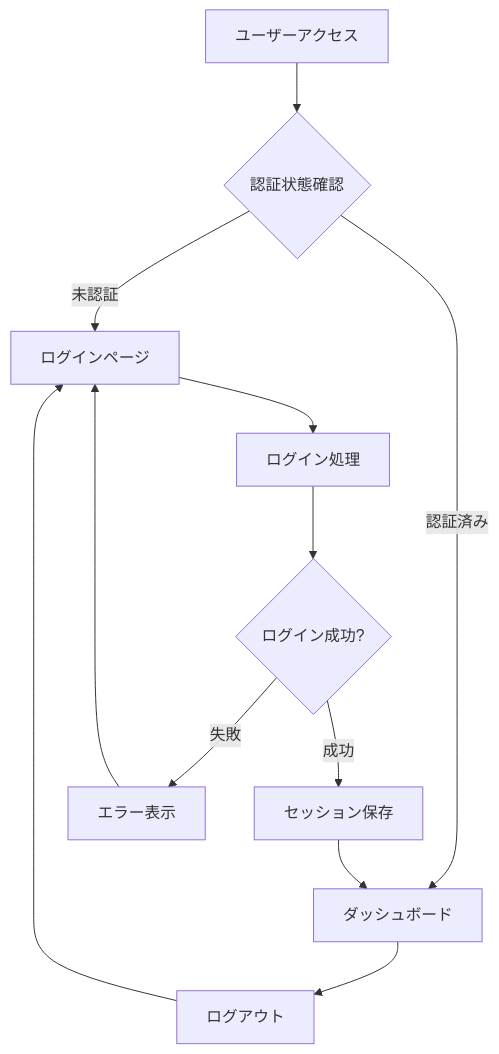
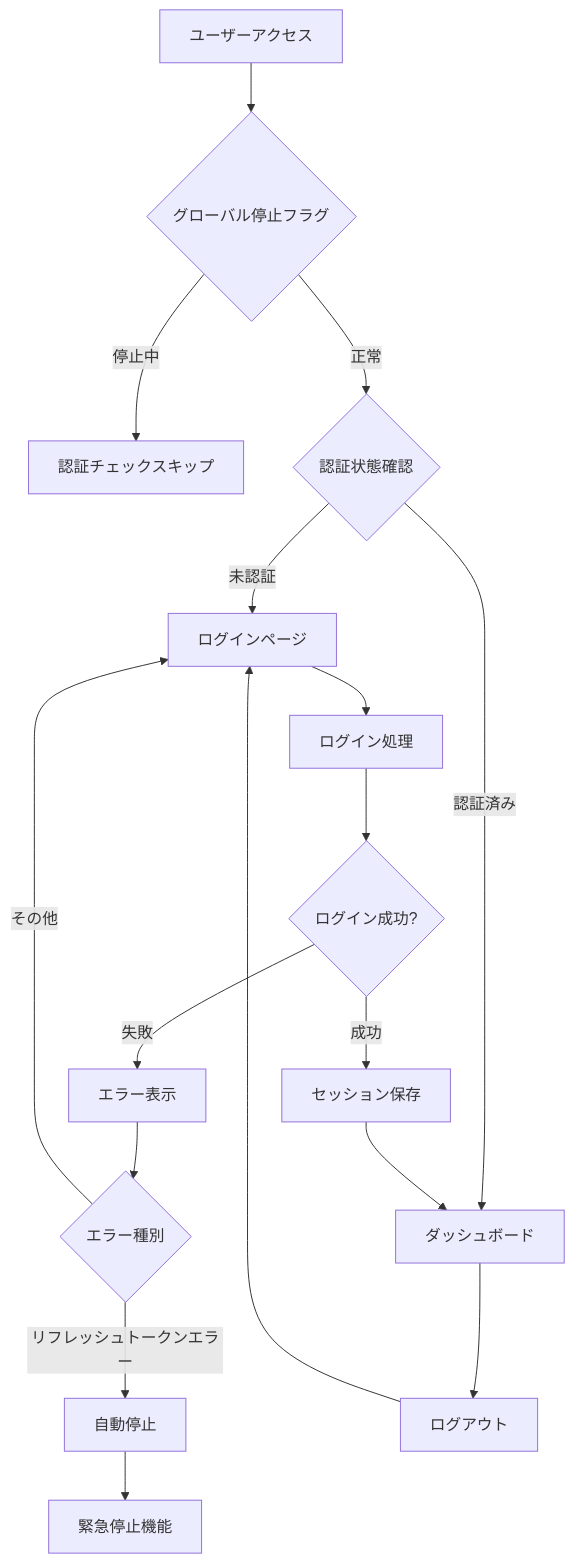
One commit to kojileo/coupleplan changed the second of 2 diagrams in Docs/認証システム設計書.md. Above: the diagram before and after it, drawn with Mermaid. The commit also changed other lines of this file, not shown here.

````diff
--- a/Docs/認証システム設計書.md
+++ b/Docs/認証システム設計書.md
@@ -74,14 +95,19 @@
 ```mermaid
 graph TD
-    A[ユーザーアクセス] --> B{認証状態確認}
-    B -->|未認証| C[ログインページ]
-    B -->|認証済み| D[ダッシュボード]
-    C --> E[ログイン処理]
-    E --> F{ログイン成功?}
-    F -->|成功| G[セッション保存]
-    F -->|失敗| H[エラー表示]
-    G --> D
-    H --> C
-    D --> I[ログアウト]
-    I --> C
+    A[ユーザーアクセス] --> B{グローバル停止フラグ}
+    B -->|停止中| C[認証チェックスキップ]
+    B -->|正常| D{認証状態確認}
+    D -->|未認証| E[ログインページ]
+    D -->|認証済み| F[ダッシュボード]
+    E --> G[ログイン処理]
+    G --> H{ログイン成功?}
+    H -->|成功| I[セッション保存]
+    H -->|失敗| J[エラー表示]
+    I --> F
+    J --> K{エラー種別}
+    K -->|リフレッシュトークンエラー| L[自動停止]
+    K -->|その他| E
+    L --> M[緊急停止機能]
+    F --> N[ログアウト]
+    N --> E
 ```
````
